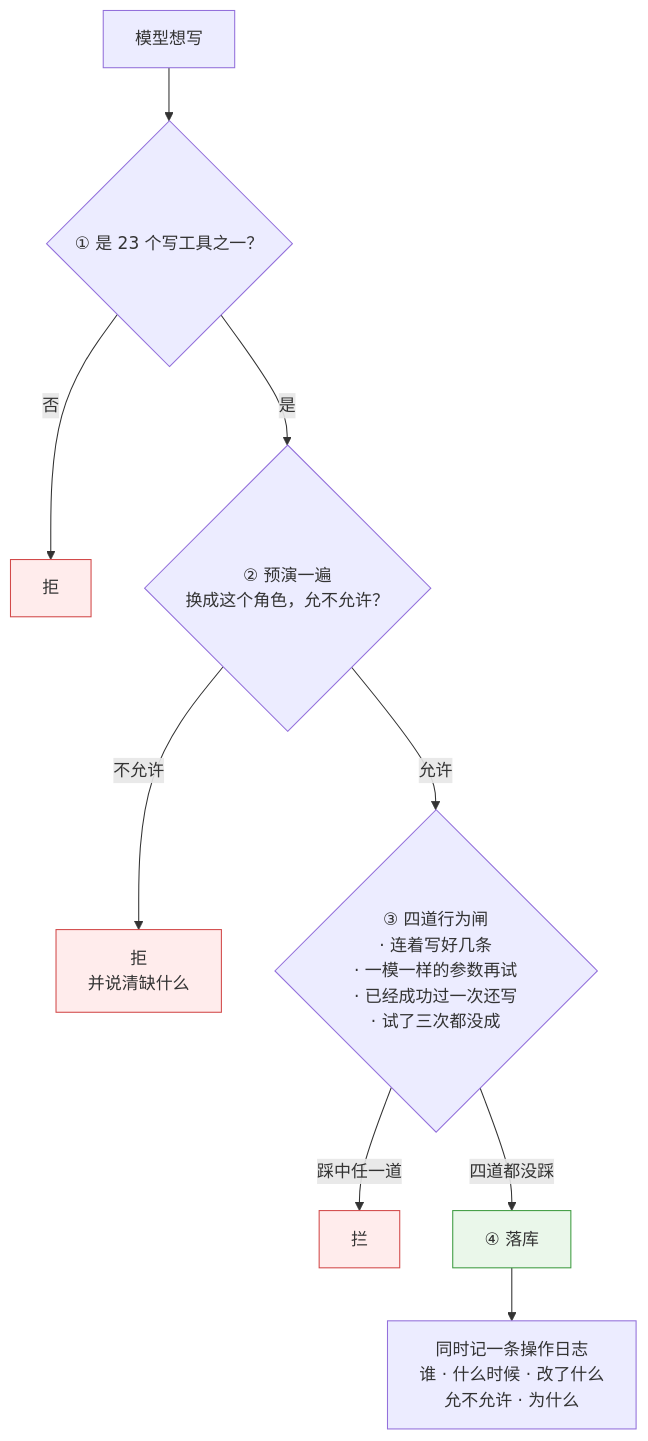
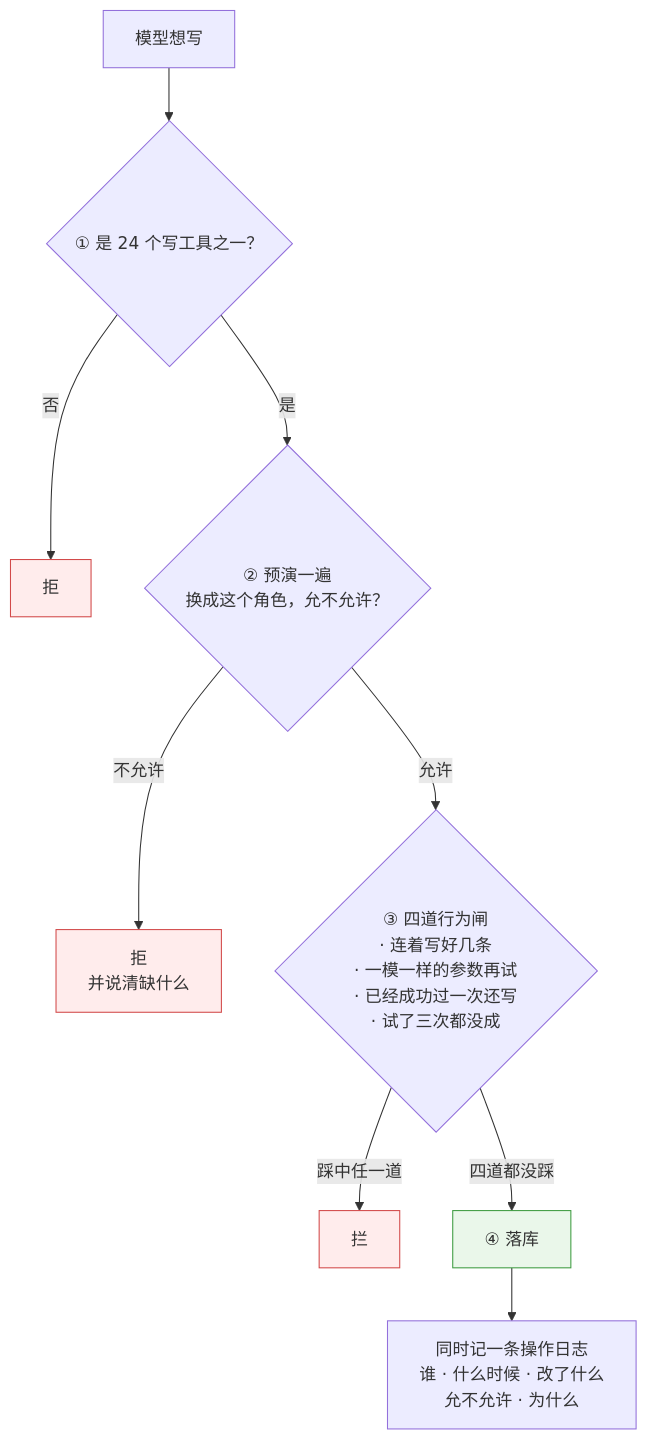
Before and after one commit to 843773296-rgb/lanxiu-yunshang-agent: the second of 3 diagrams in 澜绣云裳agent-产品说明.md, drawn with Mermaid. The commit also changed other lines of this file and 24 other files, not shown here.

````diff
--- a/澜绣云裳agent-产品说明.md
+++ b/澜绣云裳agent-产品说明.md
@@ -268,16 +268,16 @@
 ```mermaid
 flowchart TD
-    A["模型想写"] --> B{"① 是 23 个写工具之一？"}
+    A["模型想写"] --> B{"① 是 24 个写工具之一？"}
     B -- 否 --> X1["拒"]
     B -- 是 --> C{"② 预演一遍<br/>换成这个角色，允不允许？"}
     C -- 不允许 --> X2["拒<br/>并说清缺什么"]
     C -- 允许 --> D{"③ 四道行为闸<br/>· 连着写好几条<br/>· 一模一样的参数再试<br/>· 已经成功过一次还写<br/>· 试了三次都没成"}
     D -- "踩中任一道" --> X3["拦"]
     D -- "四道都没踩" --> E["④ 落库"]
     E --> F["同时记一条操作日志<br/>谁 · 什么时候 · 改了什么<br/>允不允许 · 为什么"]
 
     style X1 fill:#ffecec,stroke:#d24a4a
     style X2 fill:#ffecec,stroke:#d24a4a
     style X3 fill:#ffecec,stroke:#d24a4a
     style E fill:#eaf7ea,stroke:#3f9c42
 ```
````
